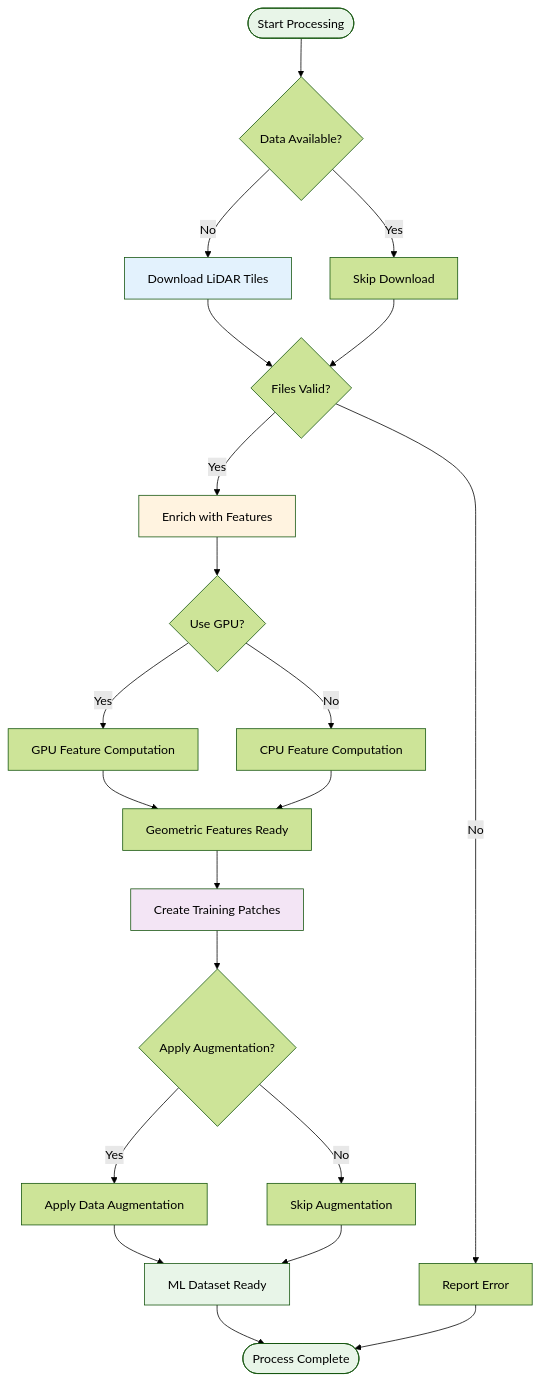
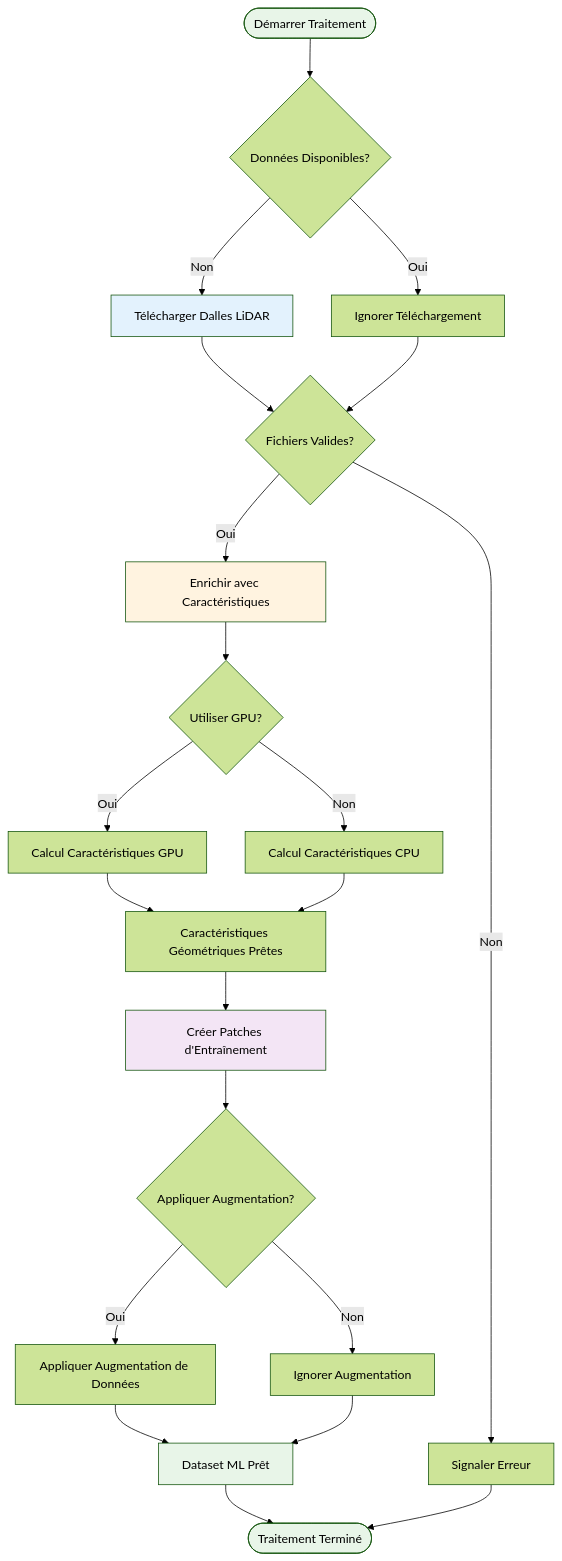
One commit to sducournau/IGN_LIDAR_HD_DATASET changed the first of 7 diagrams in website/i18n/fr/docusaurus-plugin-content-docs/current/workflows.md. Above: the diagram before and after it, drawn with Mermaid (forest theme). The commit also changed other lines of this file and 17 other files, not shown here.

First line of the commit message:
v1.6.2: Fix GPU feature formulas, add robust computation & bilingual docs

````diff
--- a/website/i18n/fr/docusaurus-plugin-content-docs/current/workflows.md
+++ b/website/i18n/fr/docusaurus-plugin-content-docs/current/workflows.md
@@ -25,37 +25,37 @@
 ```mermaid
 flowchart TD
-    Start([Start Processing]) --> Check{Data Available?}
-    Check -->|No| Download[Download LiDAR Tiles]
-    Check -->|Yes| Skip1[Skip Download]
+    Start([Démarrer Traitement]) --> Check{Données Disponibles?}
+    Check -->|Non| Download[Télécharger Dalles LiDAR]
+    Check -->|Oui| Skip1[Ignorer Téléchargement]
 
-    Download --> Validate{Files Valid?}
+    Download --> Validate{Fichiers Valides?}
     Skip1 --> Validate
-    Validate -->|No| Error1[Report Error]
-    Validate -->|Yes| Enrich[Enrich with Features]
+    Validate -->|Non| Error1[Signaler Erreur]
+    Validate -->|Oui| Enrich[Enrichir avec Caractéristiques]
 
-    Enrich --> GPU{Use GPU?}
-    GPU -->|Yes| GPU_Process[GPU Feature Computation]
-    GPU -->|No| CPU_Process[CPU Feature Computation]
+    Enrich --> GPU{Utiliser GPU?}
+    GPU -->|Oui| GPU_Process[Calcul Caractéristiques GPU]
+    GPU -->|Non| CPU_Process[Calcul Caractéristiques CPU]
 
-    GPU_Process --> Features[Geometric Features Ready]
+    GPU_Process --> Features[Caractéristiques Géométriques Prêtes]
     CPU_Process --> Features
 
-    Features --> Process[Create Training Patches]
-    Process --> Augment{Apply Augmentation?}
+    Features --> Process[Créer Patches d'Entraînement]
+    Process --> Augment{Appliquer Augmentation?}
 
-    Augment -->|Yes| Aug_Process[Apply Data Augmentation]
-    Augment -->|No| NoAug[Skip Augmentation]
+    Augment -->|Oui| Aug_Process[Appliquer Augmentation de Données]
+    Augment -->|Non| NoAug[Ignorer Augmentation]
 
-    Aug_Process --> Output[ML Dataset Ready]
+    Aug_Process --> Output[Dataset ML Prêt]
     NoAug --> Output
-    Output --> End([Process Complete])
+    Output --> End([Traitement Terminé])
 
     Error1 --> End
 
     style Start fill:#e8f5e8
     style End fill:#e8f5e8
     style Download fill:#e3f2fd
     style Enrich fill:#fff3e0
     style Process fill:#f3e5f5
     style Output fill:#e8f5e8
 ```
````
